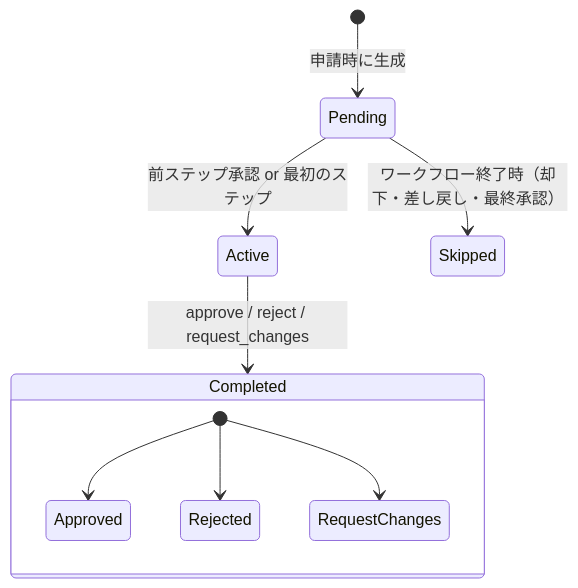
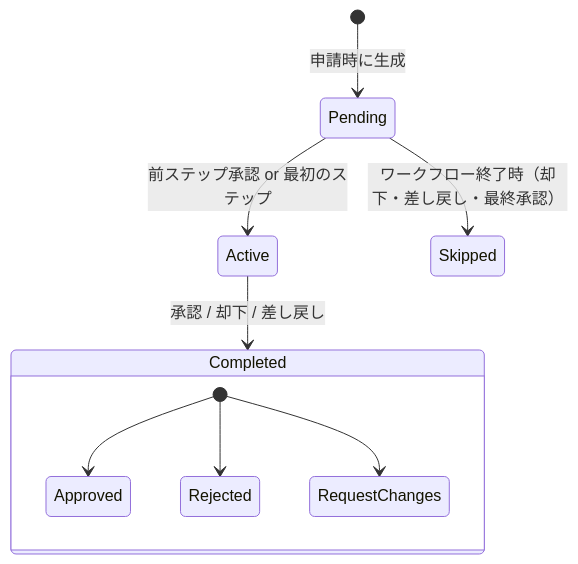
The sixth of 6 diagrams in docs/90_実装解説/ワークフロー/02_承認・却下フロー.md (ka2kama/ringiflow), drawn with Mermaid before and after one commit. The commit also changed other lines of this file and 4 other files, not shown here.

First line of the commit message:
#1128 Add remaining workflow E2E flow docs (#1133)

````diff
--- a/docs/90_実装解説/ワークフロー/02_承認・却下フロー.md
+++ b/docs/90_実装解説/ワークフロー/02_承認・却下フロー.md
@@ -277,13 +273,13 @@
 ```mermaid
 stateDiagram-v2
     [*] --> Pending: 申請時に生成
     Pending --> Active: 前ステップ承認 or 最初のステップ
-    Active --> Completed: approve / reject / request_changes
+    Active --> Completed: 承認 / 却下 / 差し戻し
     Pending --> Skipped: ワークフロー終了時（却下・差し戻し・最終承認）
 
     state Completed {
         [*] --> Approved
         [*] --> Rejected
         [*] --> RequestChanges
     }
 ```
````
